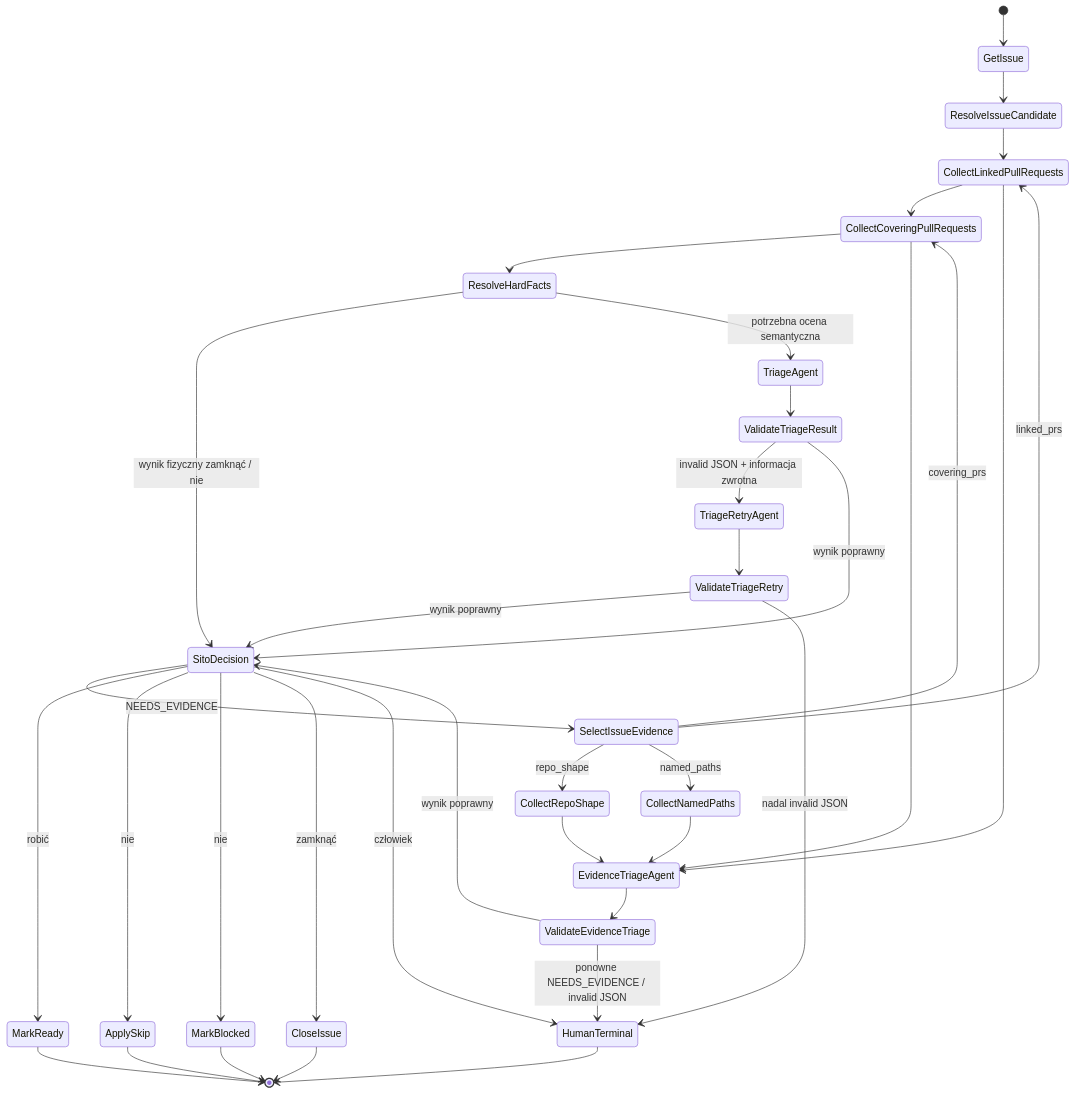
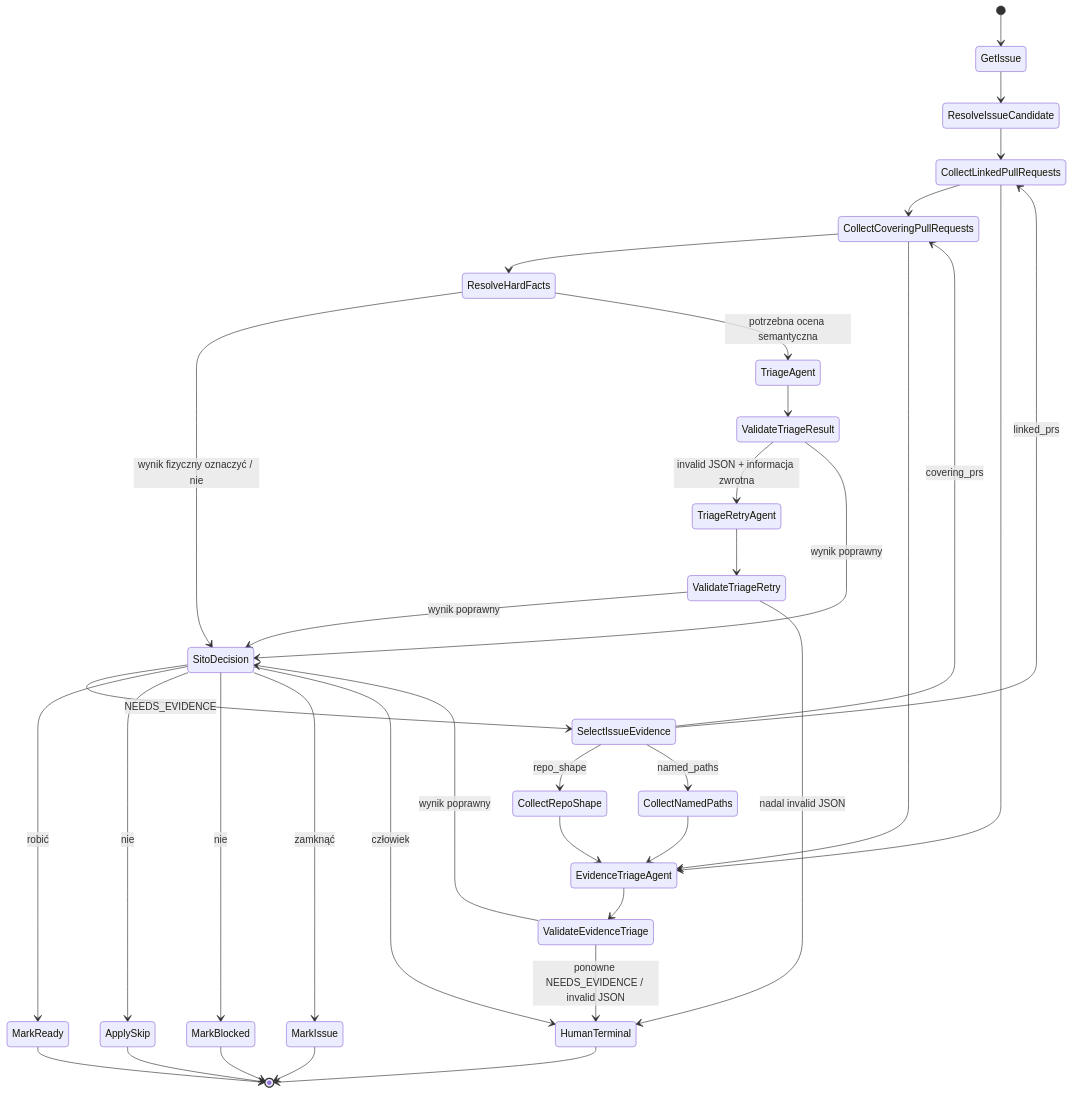
Before and after one commit to mikolaj92/lokay: diagram 39 of 45 in README.md, drawn with Mermaid. The commit also changed other lines of this file and 14 other files, not shown here.

First line of the commit message:
fix: sito close verdict parks; never close a foreign issue

````diff
--- a/README.md
+++ b/README.md
@@ -1043,38 +1045,38 @@
 ```mermaid
 stateDiagram-v2
     [*] --> GetIssue
     GetIssue --> ResolveIssueCandidate
     ResolveIssueCandidate --> CollectLinkedPullRequests
     CollectLinkedPullRequests --> CollectCoveringPullRequests
     CollectCoveringPullRequests --> ResolveHardFacts
-    ResolveHardFacts --> SitoDecision: wynik fizyczny zamknąć / nie
+    ResolveHardFacts --> SitoDecision: wynik fizyczny oznaczyć / nie
     ResolveHardFacts --> TriageAgent: potrzebna ocena semantyczna
     TriageAgent --> ValidateTriageResult
     ValidateTriageResult --> TriageRetryAgent: invalid JSON + informacja zwrotna
     TriageRetryAgent --> ValidateTriageRetry
     ValidateTriageRetry --> SitoDecision: wynik poprawny
     ValidateTriageRetry --> HumanTerminal: nadal invalid JSON
     ValidateTriageResult --> SitoDecision: wynik poprawny
     SitoDecision --> SelectIssueEvidence: NEEDS_EVIDENCE
     SelectIssueEvidence --> CollectRepoShape: repo_shape
     SelectIssueEvidence --> CollectNamedPaths: named_paths
     SelectIssueEvidence --> CollectLinkedPullRequests: linked_prs
     SelectIssueEvidence --> CollectCoveringPullRequests: covering_prs
     CollectRepoShape --> EvidenceTriageAgent
     CollectNamedPaths --> EvidenceTriageAgent
     CollectLinkedPullRequests --> EvidenceTriageAgent
     CollectCoveringPullRequests --> EvidenceTriageAgent
     EvidenceTriageAgent --> ValidateEvidenceTriage
     ValidateEvidenceTriage --> SitoDecision: wynik poprawny
     ValidateEvidenceTriage --> HumanTerminal: ponowne NEEDS_EVIDENCE / invalid JSON
     SitoDecision --> MarkReady: robić
     SitoDecision --> ApplySkip: nie
     SitoDecision --> MarkBlocked: nie
-    SitoDecision --> CloseIssue: zamknąć
+    SitoDecision --> MarkIssue: zamknąć
     SitoDecision --> HumanTerminal: człowiek
     MarkReady --> [*]
     ApplySkip --> [*]
     MarkBlocked --> [*]
-    CloseIssue --> [*]
+    MarkIssue --> [*]
     HumanTerminal --> [*]
 ```
````
